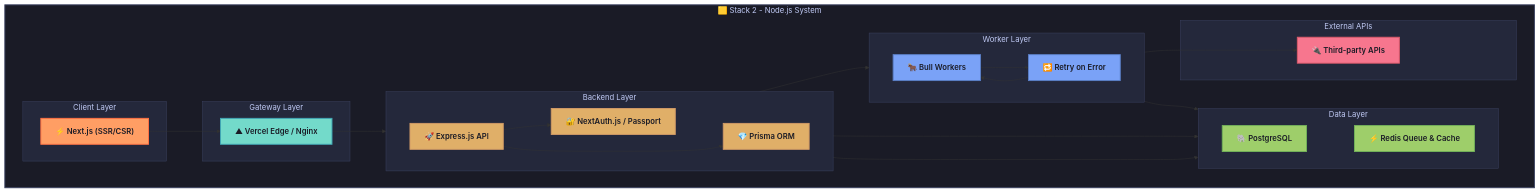
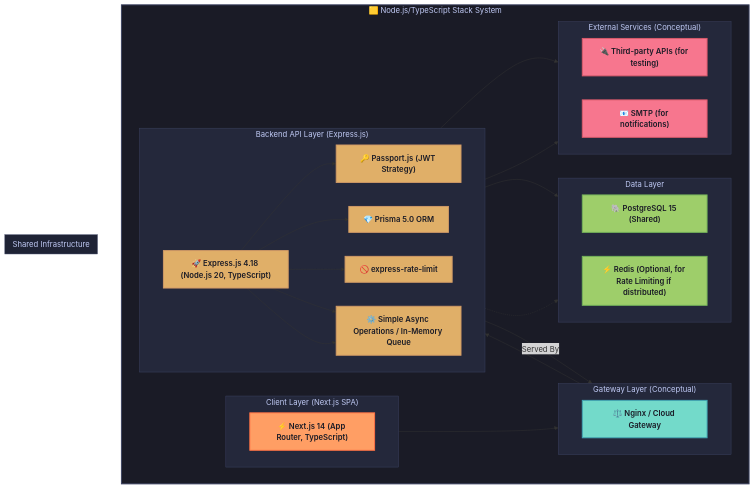
The first of 3 diagrams in docs/architecture/next.md (0x3at/Postkid), drawn with Mermaid before and after one commit. The commit also changed other lines of this file and 7 other files, not shown here.

First line of the commit message:
Docs: Finalize architecture and supporting documentation

````diff
--- a/docs/architecture/next.md
+++ b/docs/architecture/next.md
@@ -45,77 +43,84 @@
     'titleColor': '#c0caf5'
   },
   'flowchart': {
-    'nodeSpacing': 30,
-    'rankSpacing': 50,
+    'nodeSpacing': 40,
+    'rankSpacing': 60,
     'curve': 'basis'
   }
 }}%%
 
 flowchart TB
-    subgraph Stack_2_System_Diagram["🟨 Stack 2 - Node.js System"]
-        subgraph Client_Layer2["Client Layer"]
-            NextJS["⚡ Next.js (SSR/CSR)"]
+    subgraph NodeJs_Stack_System["🟨 Node.js/TypeScript Stack System"]
+        subgraph Client_Layer["Client Layer (Next.js SPA)"]
+            direction LR
+            NextJsApp["⚡ Next.js 14 (App Router, TypeScript)"]
         end
         
-        subgraph Gateway_Layer2["Gateway Layer"]
-            Vercel["▲ Vercel Edge / Nginx"]
+        subgraph Gateway_Layer["Gateway Layer (Conceptual)"]
+            direction LR
+            ReverseProxy["⚖️ Nginx / Cloud Gateway"]
         end
         
-        subgraph Backend_Layer2["Backend Layer"]
+        subgraph Backend_Layer["Backend API Layer (Express.js)"]
             direction LR
-            Express["🚀 Express.js API"] ~~~ NextAuth["🔐 NextAuth.js / Passport"] ~~~ Prisma["💎 Prisma ORM"]
+            ExpressApp["🚀 Express.js 4.18 (Node.js 20, TypeScript)"] -- Served By --> ReverseProxy
+            ExpressApp --> AuthMiddleware["🔑 Passport.js (JWT Strategy)"]
+            ExpressApp --> PrismaORM["💎 Prisma 5.0 ORM"]
+            ExpressApp --> RateLimiter["🚫 express-rate-limit"]
+            ExpressApp --> BackgroundTasks["⚙️ Simple Async Operations / In-Memory Queue"]
         end
         
-        subgraph Worker_Layer2["Worker Layer"]
+        subgraph Data_Store["Data Layer"]
             direction LR
-            Bull["🐂 Bull Workers"] ~~~ RetryFlow2["🔁 Retry on Error"]
+            PostgresDB["🐘 PostgreSQL 15 (Shared)"]
+            RedisCache["⚡ Redis (Optional, for Rate Limiting if distributed)"]
         end
-        
-        subgraph Data_Layer2["Data Layer"]
+
+        subgraph External_Services["External Services (Conceptual)"]
             direction LR
-            Postgres["🐘 PostgreSQL"] ~~~ Redis2["⚡ Redis Queue & Cache"]
-        end
-        
-        subgraph External_APIs2["External APIs"]
-            APIs2["🔌 Third-party APIs"]
+            ThirdPartyAPIs["🔌 Third-party APIs (for testing)"]
+            EmailService["📧 SMTP (for notifications)"]
         end
     end
 
     %% Connections
-    NextJS --> Vercel
-    Vercel --> Express
-    Express --> NextAuth
-    Express --> Prisma
-    Express --> Bull
-    Bull --> Redis2
-    Bull --> RetryFlow2
-    RetryFlow2 --> Bull
-    Prisma --> Postgres
-    Express --> Redis2
-    Bull --> APIs2
+    NextJsApp --> ReverseProxy
+    ReverseProxy --> ExpressApp
+
+    PrismaORM --> PostgresDB
+    RateLimiter -.-> RedisCache
+    ExpressApp --> BackgroundTasks
+    BackgroundTasks --> ThirdPartyAPIs
+    ExpressApp --> EmailService
+
+    subgraph SharedInfrastructure["Shared Infrastructure"]
+      PostgresDB
+      RedisCache
+    end
 
     %% Node styling
     classDef clientNode fill:#ff9e64,stroke:#ff7043,stroke-width:2px,color:#1a1b26,font-weight:600
     classDef gatewayNode fill:#73daca,stroke:#41a6b5,stroke-width:2px,color:#1a1b26,font-weight:600
     classDef backendNode fill:#e0af68,stroke:#d19a66,stroke-width:2px,color:#1a1b26,font-weight:600
-    classDef workerNode fill:#7aa2f7,stroke:#5a7ec5,stroke-width:2px,color:#1a1b26,font-weight:600
-    classDef databaseNode fill:#9ece6a,stroke:#73b25a,stroke-width:2px,color:#1a1b26,font-weight:600
+    classDef dataNode fill:#9ece6a,stroke:#73b25a,stroke-width:2px,color:#1a1b26,font-weight:600
+    classDef taskNode fill:#7aa2f7,stroke:#5a7ec5,stroke-width:2px,color:#1a1b26,font-weight:600
     classDef externalNode fill:#f7768e,stroke:#db5a6b,stroke-width:2px,color:#1a1b26,font-weight:600
+    classDef sharedInfra fill:#3b4261,stroke:#bb9af7,stroke-width:1px,color:#c0caf5
 
     %% Apply styles
-    class NextJS clientNode
-    class Vercel gatewayNode
-    class Express,NextAuth,Prisma backendNode
-    class Bull,RetryFlow2 workerNode
-    class Postgres,Redis2 databaseNode
-    class APIs2 externalNode
+    class NextJsApp clientNode
+    class ReverseProxy gatewayNode
+    class ExpressApp,AuthMiddleware,PrismaORM,RateLimiter,BackgroundTasks backendNode
+    class PostgresDB,RedisCache dataNode
+    class ThirdPartyAPIs,EmailService externalNode
+    class SharedInfrastructure sharedInfra
 
     %% Subgraph styling
-    style Stack_2_System_Diagram fill:#1a1b26,stroke:#3b4261,stroke-width:2px,color:#c0caf5
-    style Client_Layer2 fill:#24283b,stroke:#3b4261,stroke-width:1px,color:#c0caf5
-    style Gateway_Layer2 fill:#24283b,stroke:#3b4261,stroke-width:1px,color:#c0caf5
-    style Backend_Layer2 fill:#24283b,stroke:#3b4261,stroke-width:1px,color:#c0caf5
-    style Worker_Layer2 fill:#24283b,stroke:#3b4261,stroke-width:1px,color:#c0caf5
-    style Data_Layer2 fill:#24283b,stroke:#3b4261,stroke-width:1px,color:#c0caf5
-    style External_APIs2 fill:#24283b,stroke:#3b4261,stroke-width:1px,color:#c0caf5
+    style NodeJs_Stack_System fill:#1a1b26,stroke:#3b4261,stroke-width:2px,color:#c0caf5
+    style Client_Layer fill:#24283b,stroke:#3b4261,stroke-width:1px,color:#c0caf5
+    style Gateway_Layer fill:#24283b,stroke:#3b4261,stroke-width:1px,color:#c0caf5
+    style Backend_Layer fill:#24283b,stroke:#3b4261,stroke-width:1px,color:#c0caf5
+    style Data_Store fill:#24283b,stroke:#3b4261,stroke-width:1px,color:#c0caf5
+    style External_Services fill:#24283b,stroke:#3b4261,stroke-width:1px,color:#c0caf5
+    style SharedInfrastructure fill:#1f2335,stroke:#3b4261,stroke-width:1px,color:#c0caf5
 ```
````
